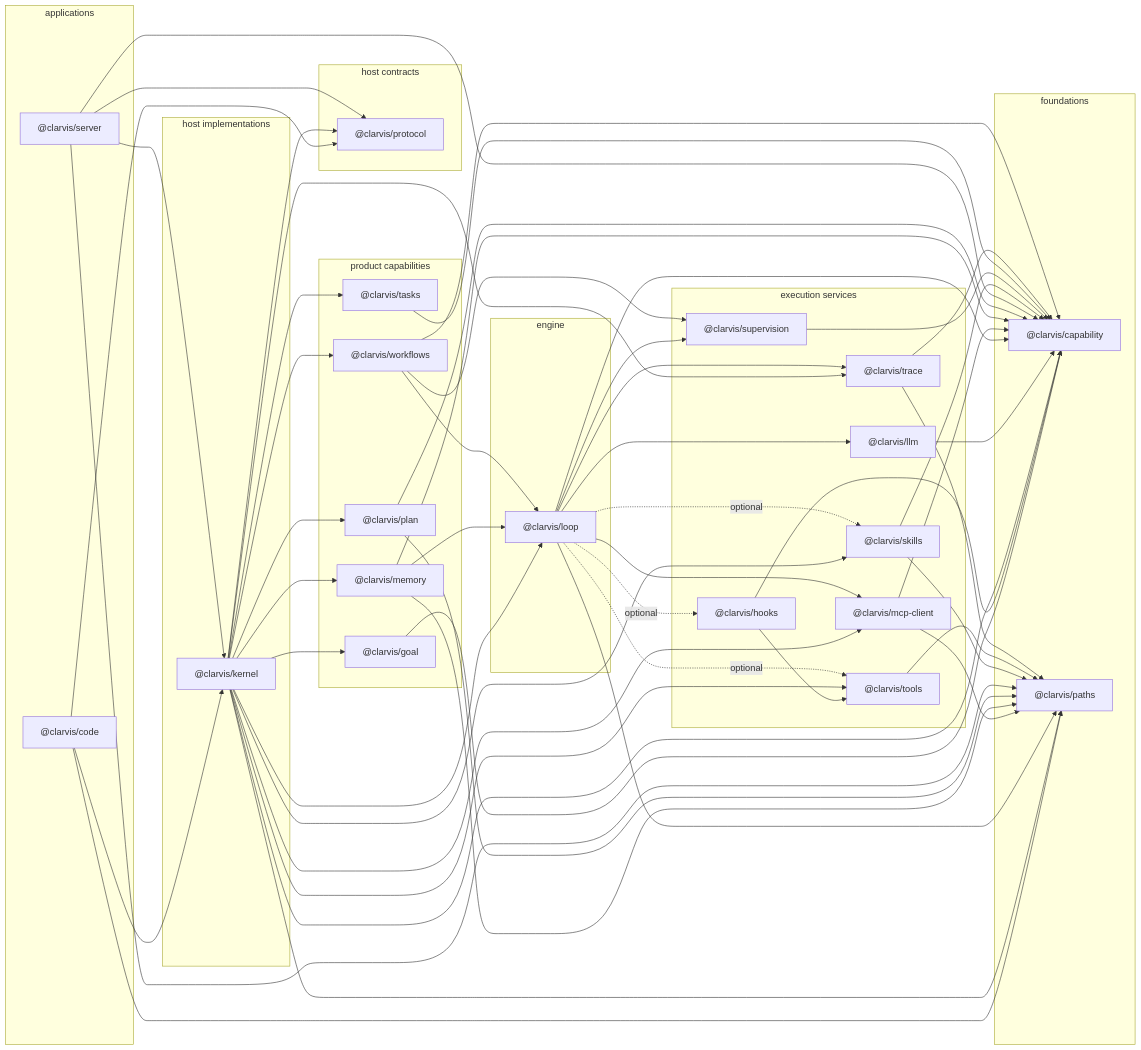
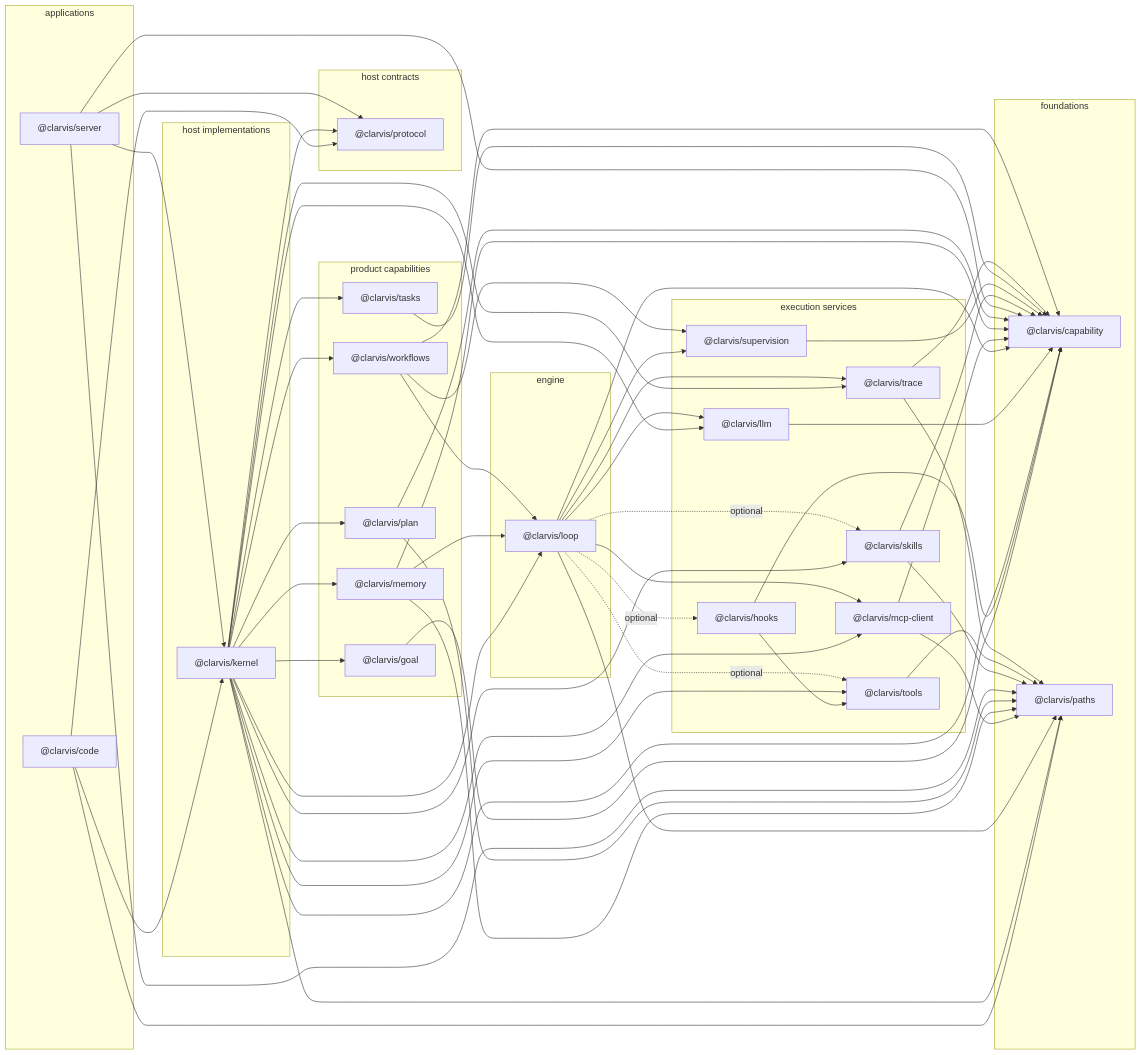
One commit to getclarvis/clarvis changed the diagram in specs/package-coupling-analysis.md. Above: the diagram before and after it, drawn with Mermaid. The commit also changed other lines of this file and 323 other files, not shown here.

```diff
--- a/specs/package-coupling-analysis.md
+++ b/specs/package-coupling-analysis.md
@@ -95,6 +95,7 @@
   hooks --> tools
   kernel --> capability
   kernel --> goal
+  kernel --> llm
   kernel --> loop
   kernel --> mcp_client
   kernel --> memory
```
